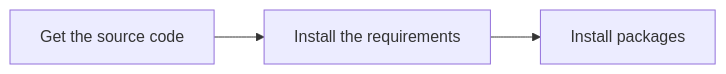
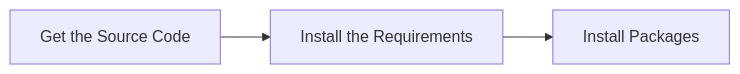
The first of 5 diagrams in docs/community/contributing.md (mermaid-js/mermaid), drawn with Mermaid before and after one commit. The commit also changed other lines of this file and 3 other files, not shown here.

````diff
--- a/docs/community/contributing.md
+++ b/docs/community/contributing.md
@@ -17,8 +17,8 @@
 ```mermaid
 flowchart LR
   source --> requirements --> setup
 
-  source[Get the source code]
-  requirements[Install the requirements]
-  setup[Install packages]
+  source[Get the Source Code]
+  requirements[Install the Requirements]
+  setup[Install Packages]
 ```
````
